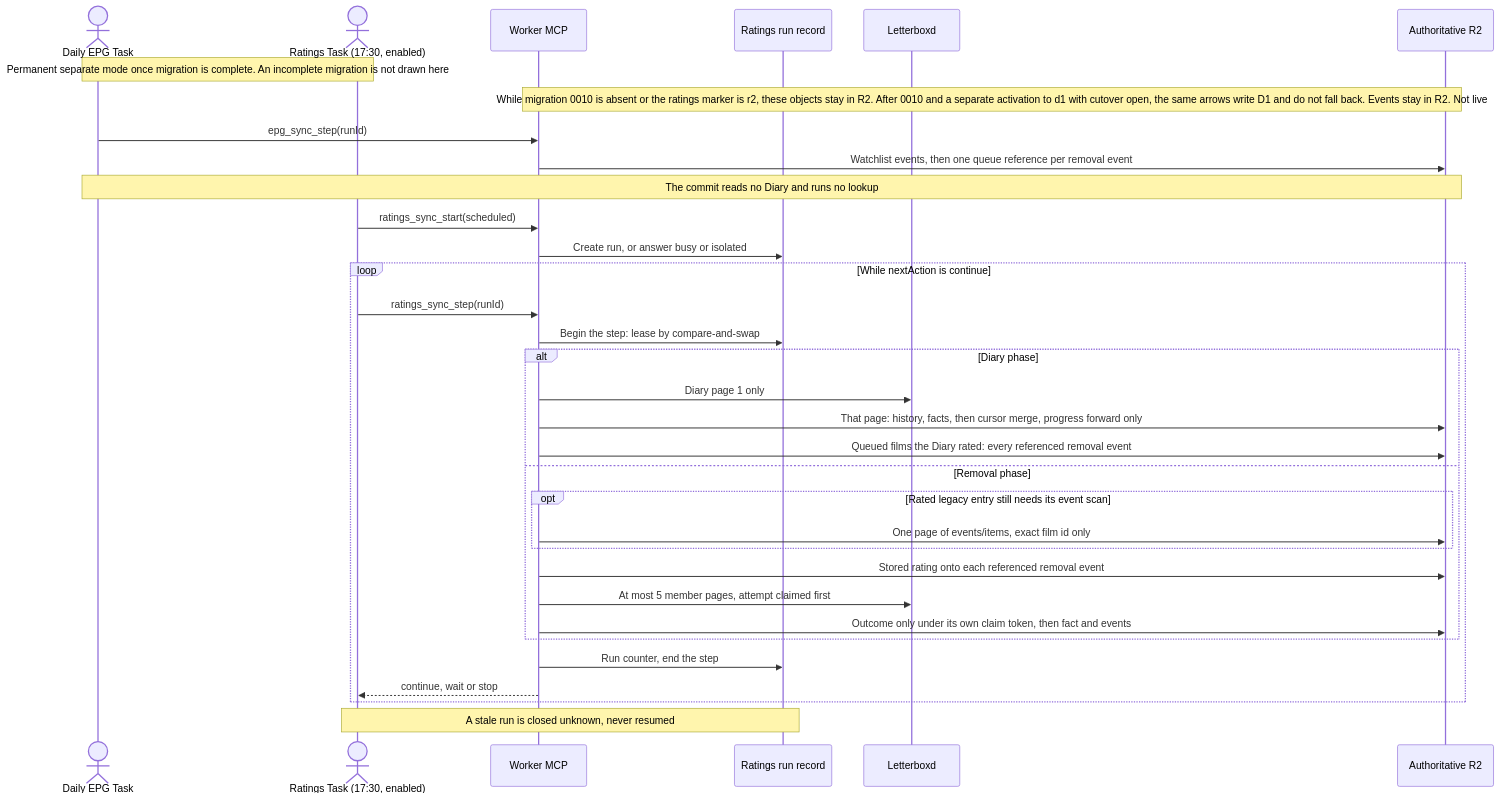
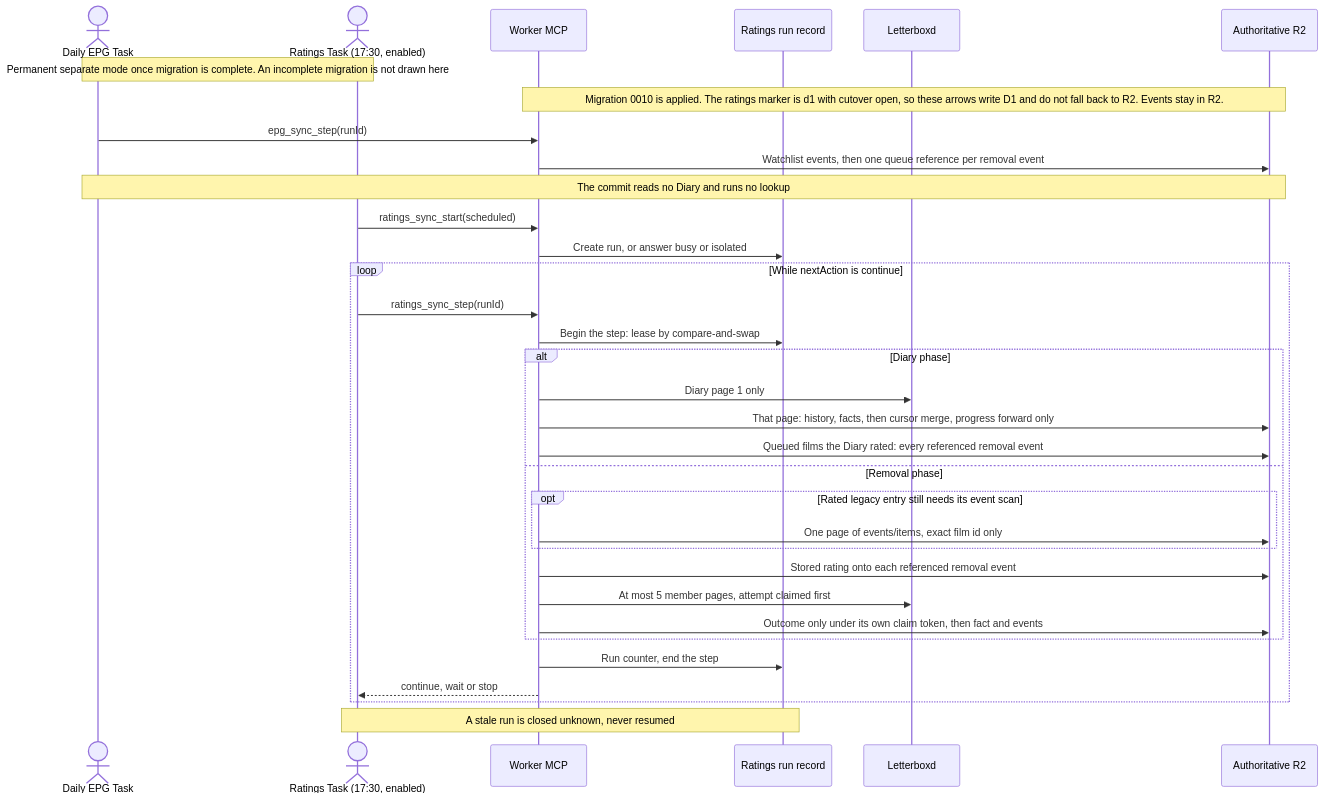
One commit to vladimino/iptv-watchlist changed the fifth of 6 diagrams in docs/architecture/scheduling-and-orchestration.md. Above: the diagram before and after it, drawn with Mermaid. The commit also changed other lines of this file and 13 other files, not shown here.

First line of the commit message:
Record the ratings marker activation to d1.

````diff
--- a/docs/architecture/scheduling-and-orchestration.md
+++ b/docs/architecture/scheduling-and-orchestration.md
@@ -155,35 +155,35 @@
 ```mermaid
 sequenceDiagram
     actor Daily as Daily EPG Task
     actor Ratings as Ratings Task (17:30, enabled)
     Note over Daily,Ratings: Permanent separate mode once migration is complete. An incomplete migration is not drawn here
     participant MCP as Worker MCP
     participant Run as Ratings run record
     participant LB as Letterboxd
     participant R2 as Authoritative R2
-    Note over MCP,R2: While migration 0010 is absent or the ratings marker is r2, these objects stay in R2. After 0010 and a separate activation to d1 with cutover open, the same arrows write D1 and do not fall back. Events stay in R2. Not live
+    Note over MCP,R2: Migration 0010 is applied. The ratings marker is d1 with cutover open, so these arrows write D1 and do not fall back to R2. Events stay in R2.
     Daily->>MCP: epg_sync_step(runId)
     MCP->>R2: Watchlist events, then one queue reference per removal event
     Note over Daily,R2: The commit reads no Diary and runs no lookup
     Ratings->>MCP: ratings_sync_start(scheduled)
     MCP->>Run: Create run, or answer busy or isolated
     loop While nextAction is continue
         Ratings->>MCP: ratings_sync_step(runId)
         MCP->>Run: Begin the step: lease by compare-and-swap
         alt Diary phase
             MCP->>LB: Diary page 1 only
             MCP->>R2: That page: history, facts, then cursor merge, progress forward only
             MCP->>R2: Queued films the Diary rated: every referenced removal event
         else Removal phase
             opt Rated legacy entry still needs its event scan
                 MCP->>R2: One page of events/items, exact film id only
             end
             MCP->>R2: Stored rating onto each referenced removal event
             MCP->>LB: At most 5 member pages, attempt claimed first
             MCP->>R2: Outcome only under its own claim token, then fact and events
         end
         MCP->>Run: Run counter, end the step
         MCP-->>Ratings: continue, wait or stop
     end
     Note over Ratings,Run: A stale run is closed unknown, never resumed
 ```
````
